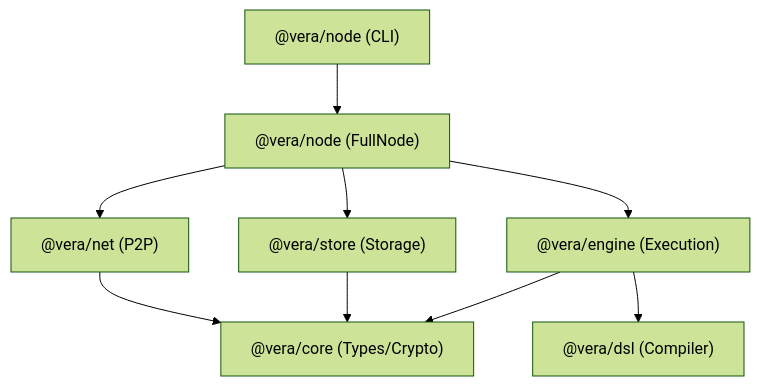
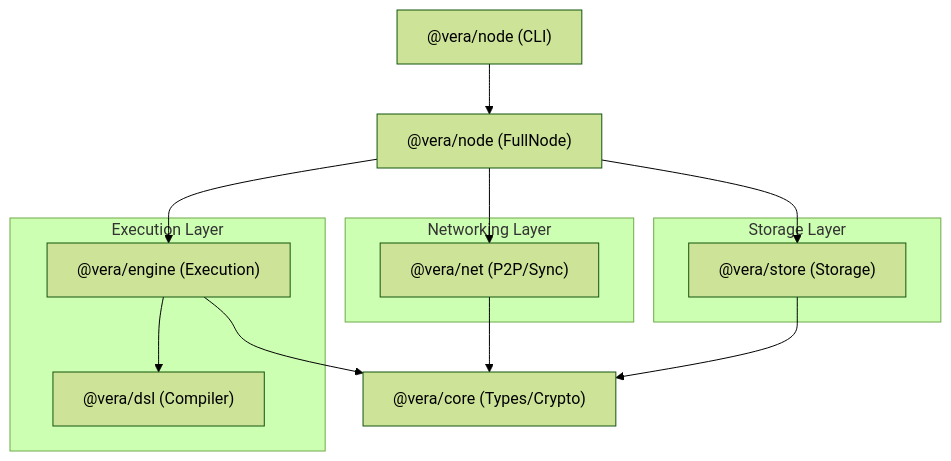
Before and after one commit to sebastyijan-fi/VERA: the diagram in ARCHITECTURE.md, drawn with Mermaid (forest theme). The commit also changed other lines of this file and 82 other files, not shown here.

````diff
--- a/ARCHITECTURE.md
+++ b/ARCHITECTURE.md
@@ -7,13 +7,26 @@
 ```mermaid
 graph TD
     CLI["@vera/node (CLI)"] --> Node["@vera/node (FullNode)"]
-    Node --> Net["@vera/net (P2P)"]
+    Node --> Net["@vera/net (P2P/Sync)"]
     Node --> Store["@vera/store (Storage)"]
     Node --> Engine["@vera/engine (Execution)"]
     
     Engine --> Core["@vera/core (Types/Crypto)"]
     Net --> Core
     Store --> Core
     
     Engine --> DSL["@vera/dsl (Compiler)"]
+    
+    subgraph "Networking Layer"
+    Net
+    end
+    
+    subgraph "Execution Layer"
+    Engine
+    DSL
+    end
+    
+    subgraph "Storage Layer"
+    Store
+    end
 ```
````
